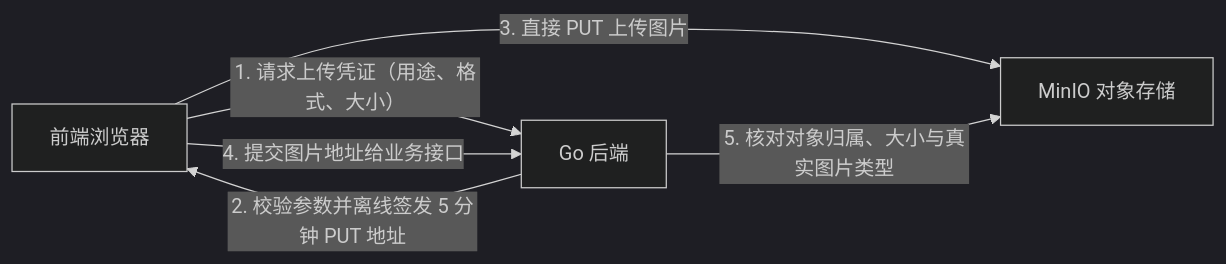
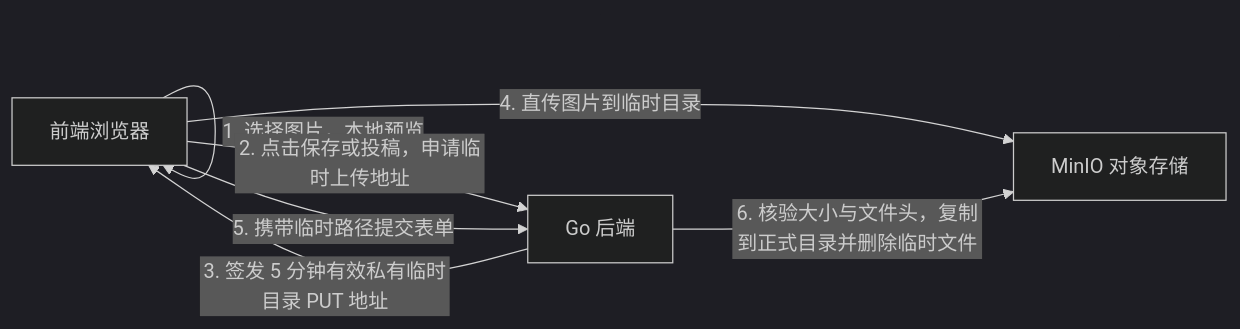
The first of 2 diagrams in docs/modules/upload.md (c926694/simple_bilibili), drawn with Mermaid (dark theme) before and after one commit. The commit also changed other lines of this file and 37 other files, not shown here.

````diff
--- a/docs/modules/upload.md
+++ b/docs/modules/upload.md
@@ -7,8 +7,9 @@
 ```mermaid
 flowchart LR
-    Web["前端浏览器"] -- "1. 请求上传凭证（用途、格式、大小）" --> API["Go 后端"]
-    API -- "2. 校验参数并离线签发 5 分钟 PUT 地址" --> Web
-    Web -- "3. 直接 PUT 上传图片" --> MinIO["MinIO 对象存储"]
-    Web -- "4. 提交图片地址给业务接口" --> API
-    API -- "5. 核对对象归属、大小与真实图片类型" --> MinIO
+    Web["前端浏览器"] -- "1. 选择图片，本地预览" --> Web
+    Web -- "2. 点击保存或投稿，申请临时上传地址" --> API["Go 后端"]
+    API -- "3. 签发 5 分钟有效私有临时目录 PUT 地址" --> Web
+    Web -- "4. 直传图片到临时目录" --> MinIO["MinIO 对象存储"]
+    Web -- "5. 携带临时路径提交表单" --> API
+    API -- "6. 核验大小与文件头，复制到正式目录并删除临时文件" --> MinIO
 ```
````
